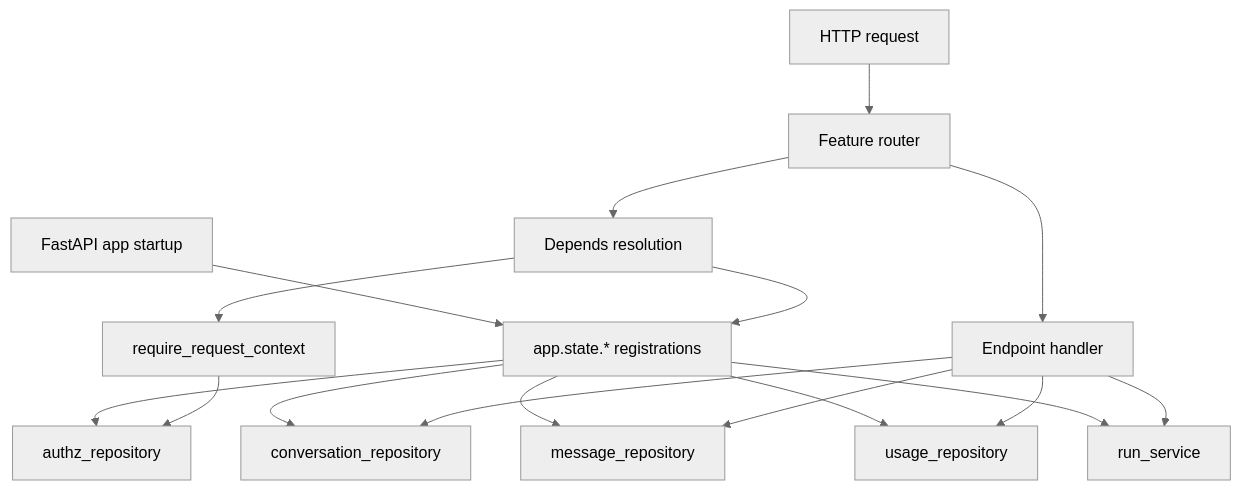
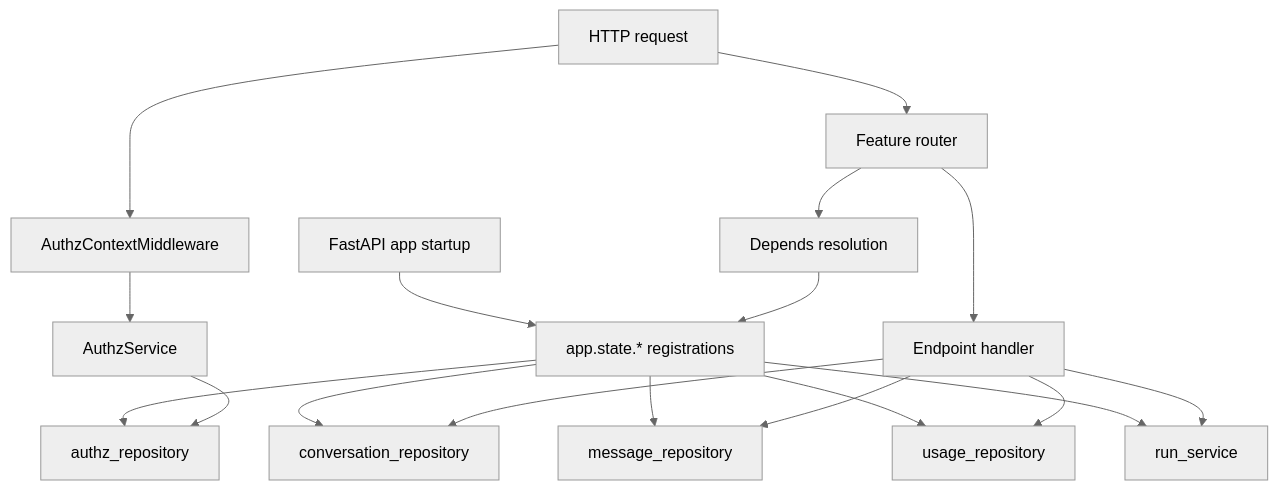
One commit to tsutsu3/ai-sdk-vite-fastapi-sample changed the third of 8 diagrams in docs/architecture-back.md. Above: the diagram before and after it, drawn with Mermaid (neutral theme). The commit also changed other lines of this file and 225 other files, not shown here.

````diff
--- a/docs/architecture-back.md
+++ b/docs/architecture-back.md
@@ -137,20 +147,21 @@
 ```mermaid
 flowchart TD
   App[FastAPI app startup] --> State[app.state.* registrations]
   State --> AuthzRepo[authz_repository]
   State --> ConversationRepo[conversation_repository]
   State --> MessageRepo[message_repository]
   State --> UsageRepo[usage_repository]
   State --> RunService[run_service]
 
-  Request[HTTP request] --> Router[Feature router]
+  Request[HTTP request] --> Middleware[AuthzContextMiddleware]
+  Middleware --> AuthzService
+  AuthzService --> AuthzRepo
+  Request --> Router[Feature router]
   Router --> Depends["Depends resolution"]
   Depends --> State
-  Depends --> RequestContext[require_request_context]
-  RequestContext --> AuthzRepo
   Router --> Handler[Endpoint handler]
   Handler --> RunService
   Handler --> ConversationRepo
   Handler --> MessageRepo
   Handler --> UsageRepo
 ```
````
